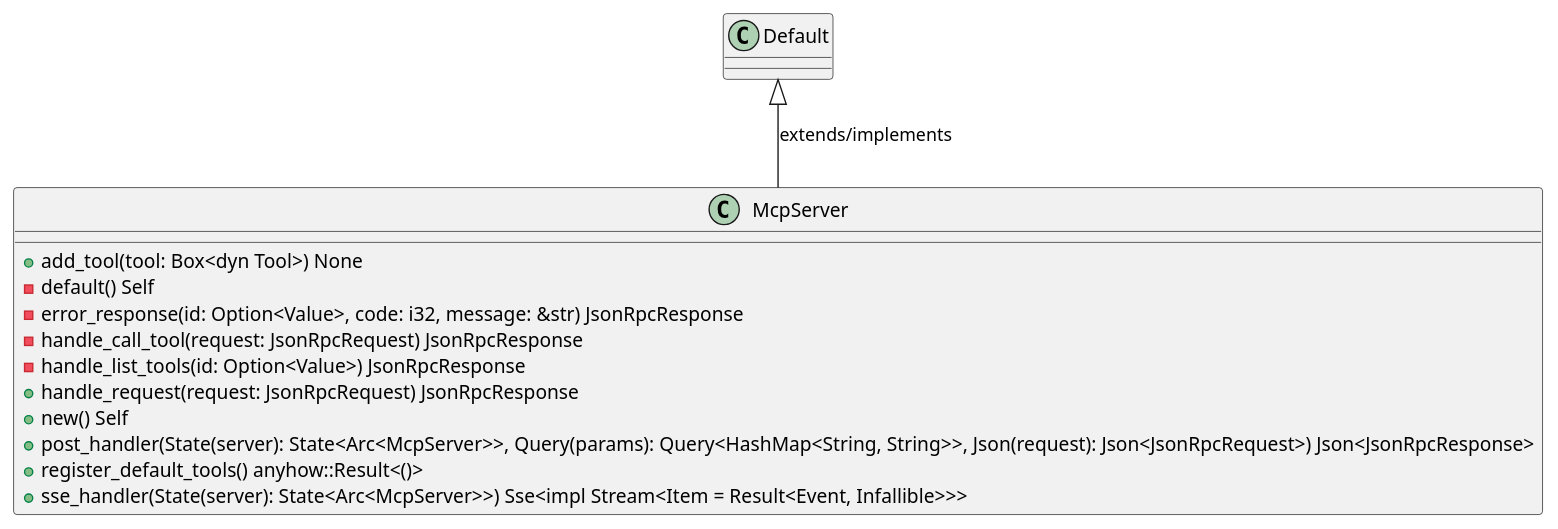
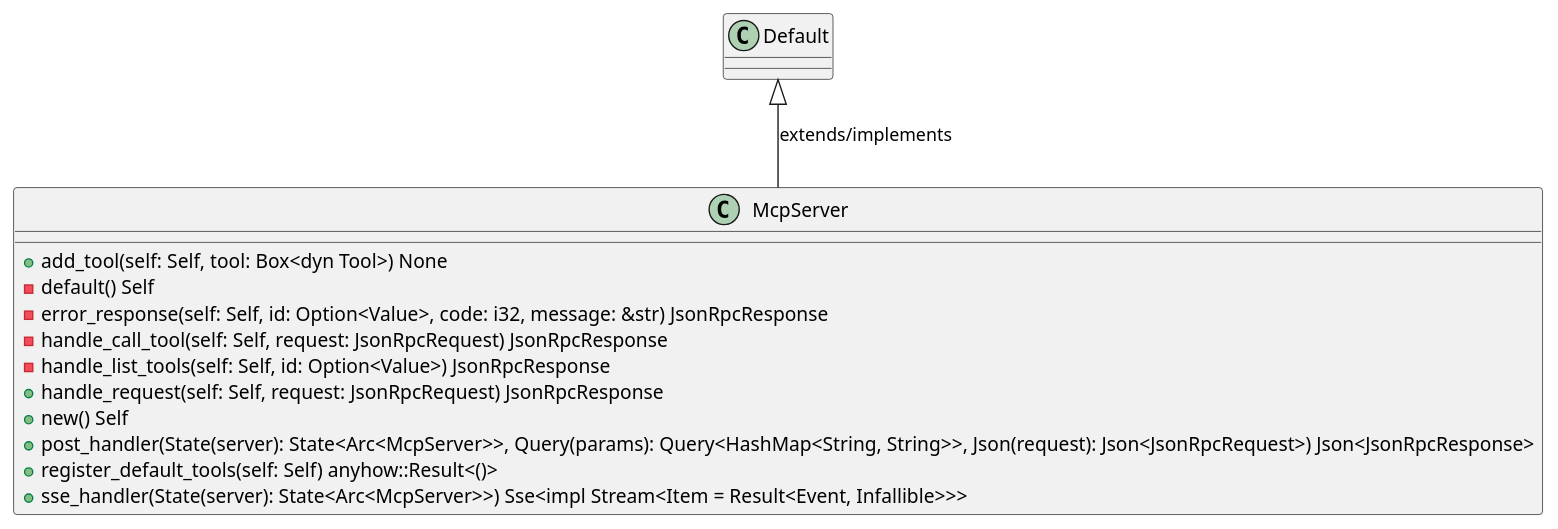
One commit to lgcorzo/rust_CACD_autonomous_factory changed the first of 6 diagrams in openwiki/crates_factory_mcp_server_src_lib.md. Above: the diagram before and after it, drawn with PlantUML. The commit also changed other lines of this file and 95 other files, not shown here.

````diff
--- a/openwiki/crates_factory_mcp_server_src_lib.md
+++ b/openwiki/crates_factory_mcp_server_src_lib.md
@@ -244,18 +246,18 @@
 ```plantuml
 @startuml
 class McpServer {
-    +add_tool(tool: Box<dyn Tool>) None
+    +add_tool(self: Self, tool: Box<dyn Tool>) None
     -default() Self
-    -error_response(id: Option<Value>, code: i32, message: &str) JsonRpcResponse
-    -handle_call_tool(request: JsonRpcRequest) JsonRpcResponse
-    -handle_list_tools(id: Option<Value>) JsonRpcResponse
-    +handle_request(request: JsonRpcRequest) JsonRpcResponse
+    -error_response(self: Self, id: Option<Value>, code: i32, message: &str) JsonRpcResponse
+    -handle_call_tool(self: Self, request: JsonRpcRequest) JsonRpcResponse
+    -handle_list_tools(self: Self, id: Option<Value>) JsonRpcResponse
+    +handle_request(self: Self, request: JsonRpcRequest) JsonRpcResponse
     +new() Self
     +post_handler(State(server): State<Arc<McpServer>>, Query(params): Query<HashMap<String, String>>, Json(request): Json<JsonRpcRequest>) Json<JsonRpcResponse>
-    +register_default_tools() anyhow::Result<()>
+    +register_default_tools(self: Self) anyhow::Result<()>
     +sse_handler(State(server): State<Arc<McpServer>>) Sse<impl Stream<Item = Result<Event, Infallible>>>
 }
 Default <|-- McpServer : extends/implements
 @enduml
 
 ```
````
